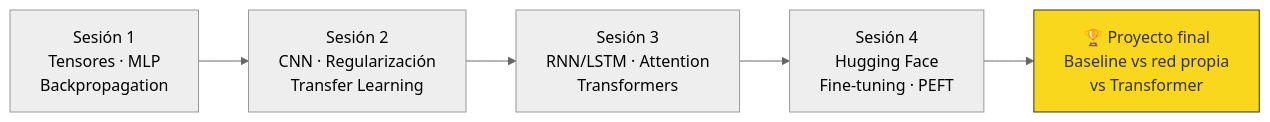
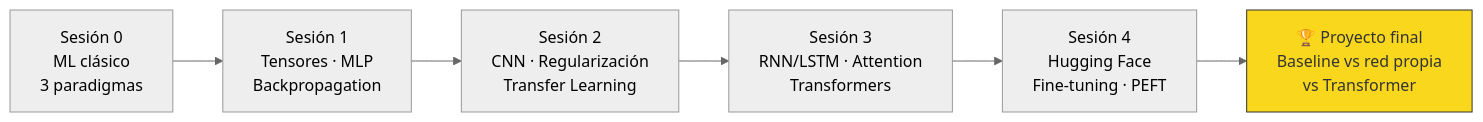
One commit to felmco/deeplearning-class changed the diagram in README.md. Above: the diagram before and after it, drawn with Mermaid (neutral theme). The commit also changed other lines of this file and 20 other files, not shown here.

````diff
--- a/README.md
+++ b/README.md
@@ -48,8 +49,8 @@
 ```mermaid
 flowchart LR
-    A["Sesión 1<br/>Tensores · MLP<br/>Backpropagation"] --> B["Sesión 2<br/>CNN · Regularización<br/>Transfer Learning"]
+    Z["Sesión 0<br/>ML clásico<br/>3 paradigmas"] --> A["Sesión 1<br/>Tensores · MLP<br/>Backpropagation"] --> B["Sesión 2<br/>CNN · Regularización<br/>Transfer Learning"]
     B --> C["Sesión 3<br/>RNN/LSTM · Attention<br/>Transformers"]
     C --> D["Sesión 4<br/>Hugging Face<br/>Fine-tuning · PEFT"]
     D --> E["🏆 Proyecto final<br/>Baseline vs red propia<br/>vs Transformer"]
     style E fill:#f9d71c,stroke:#333,color:#333
 ```
````
